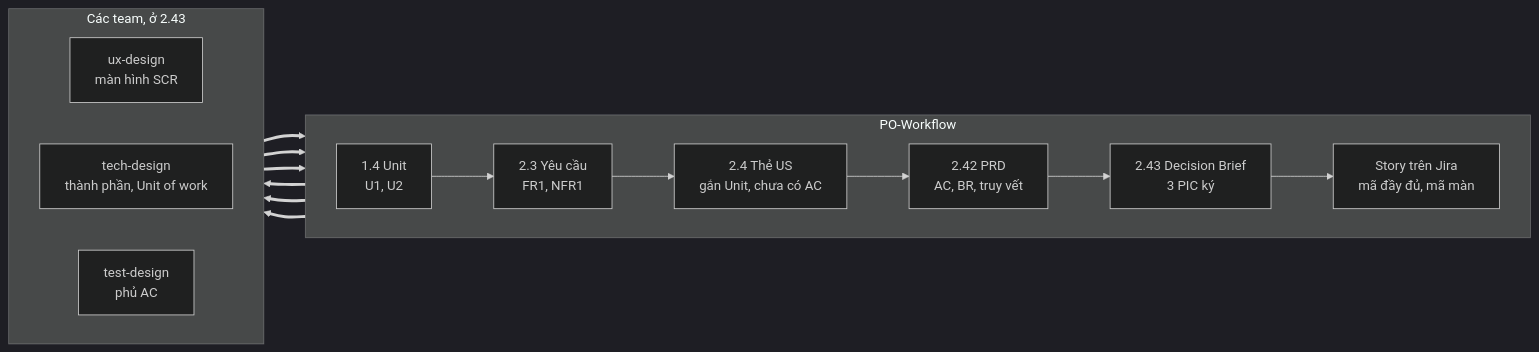
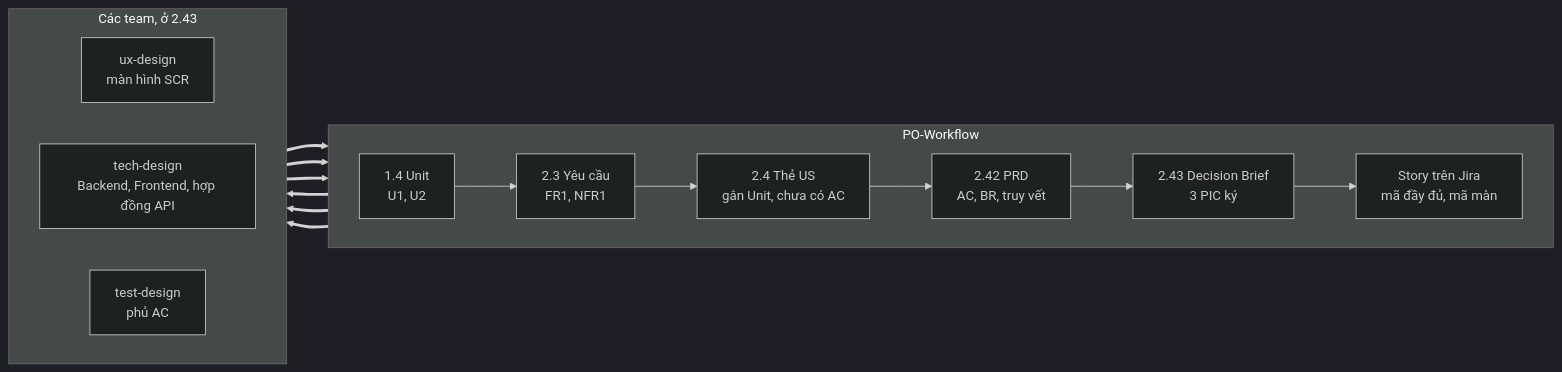
Before and after one commit to buidhui/po_workflow: the second of 2 diagrams in README.md, drawn with Mermaid (dark theme). The commit also changed other lines of this file and 23 other files, not shown here.

First line of the commit message:
tech-design gồm Backend và Frontend; quy ước đặt tên và liên kết giữa các team

````diff
--- a/README.md
+++ b/README.md
@@ -213,23 +213,23 @@
 ```mermaid
 flowchart LR
     subgraph PO["PO-Workflow"]
         direction LR
         S14["1.4 Unit<br/>U1, U2"] --> S23["2.3 Yêu cầu<br/>FR1, NFR1"]
         S23 --> S24["2.4 Thẻ US<br/>gắn Unit, chưa có AC"]
         S24 --> S242["2.42 PRD<br/>AC, BR, truy vết"]
         S242 --> DB["2.43 Decision Brief<br/>3 PIC ký"]
         DB --> ST["Story trên Jira<br/>mã đầy đủ, mã màn"]
     end
     subgraph TEAMS["Các team, ở 2.43"]
         direction LR
         D["ux-design<br/>màn hình SCR"]
-        T["tech-design<br/>thành phần, Unit of work"]
+        T["tech-design<br/>Backend, Frontend, hợp đồng API"]
         Q["test-design<br/>phủ AC"]
     end
     S242 ==> D
     S242 ==> T
     S242 ==> Q
     D ==> DB
     T ==> DB
     Q ==> DB
 ```
````
